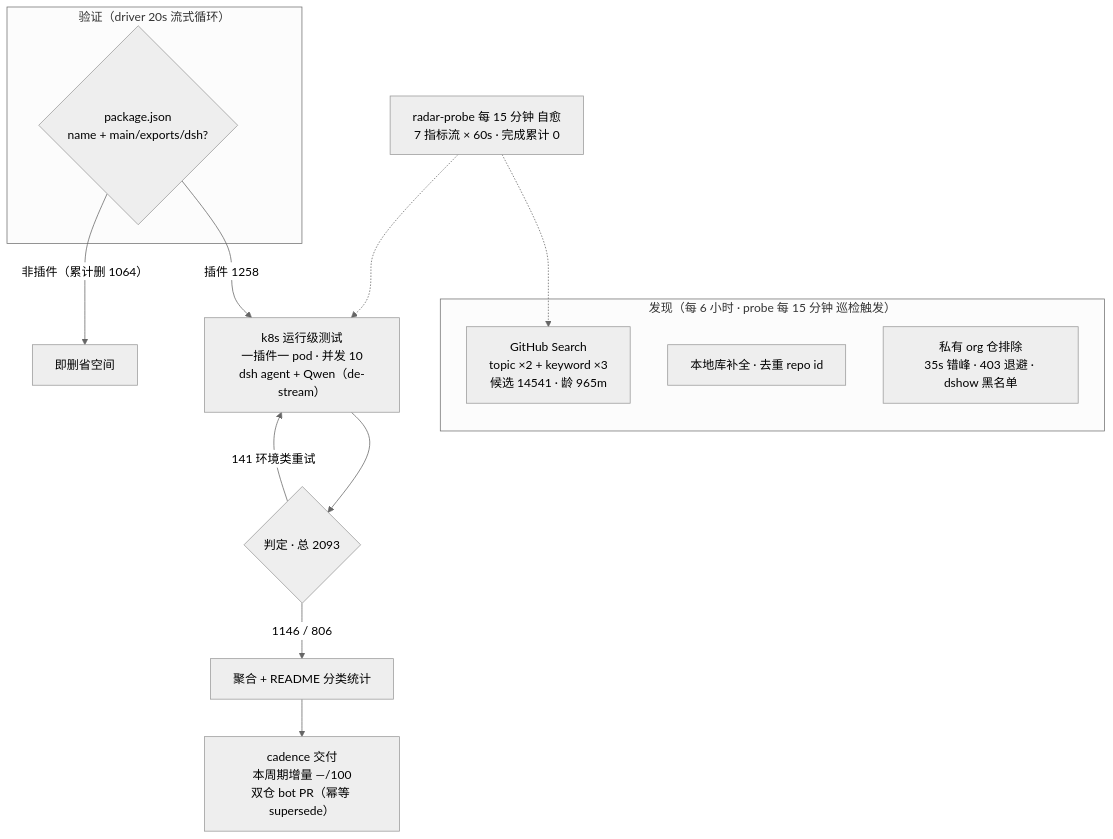
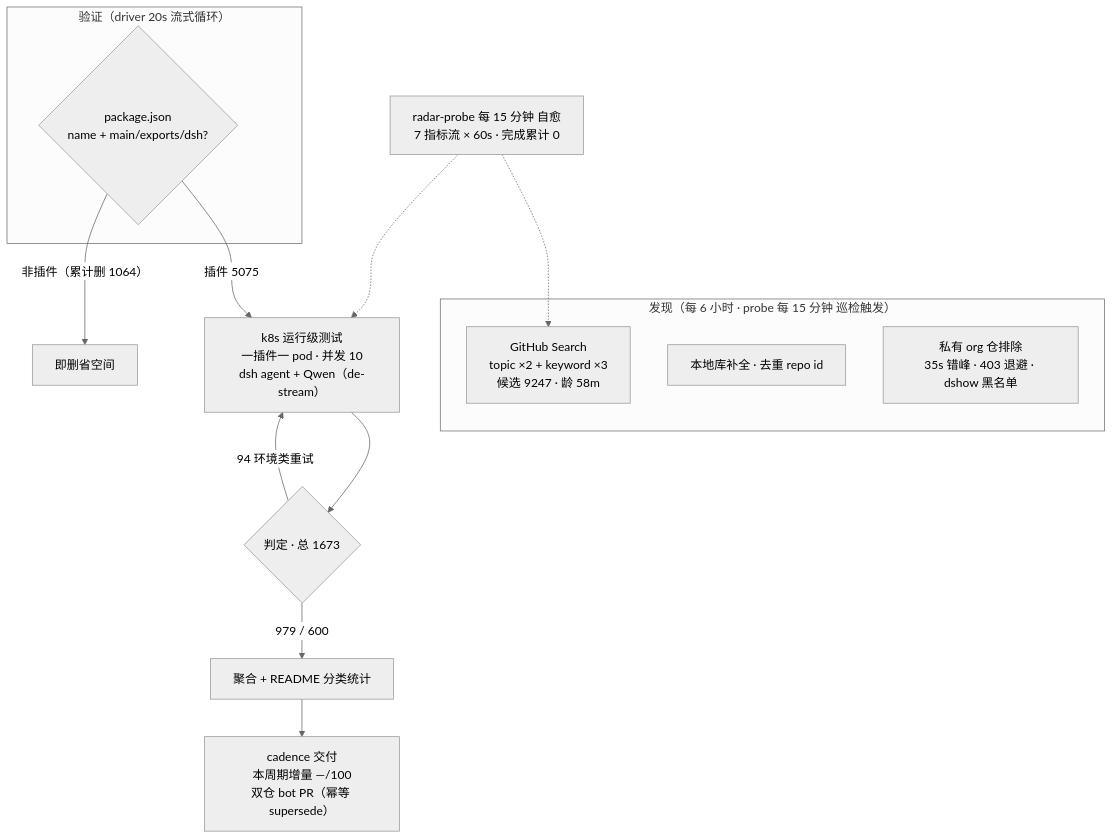
One commit to Zhidao-Lab-OSS/awesome-dsh-plugins changed the diagram in README.md. Above: the diagram before and after it, drawn with Mermaid (neutral theme). The commit also changed other lines of this file and 1 other file, not shown here.

````diff
--- a/README.md
+++ b/README.md
@@ -37,20 +37,20 @@
 ```mermaid
 flowchart TB
     subgraph Discovery["发现（每 6 小时 · probe 每 15 分钟 巡检触发）"]
-        A1["GitHub Search<br/>topic ×2 + keyword ×3<br/>候选 14541 · 龄 965m"]
+        A1["GitHub Search<br/>topic ×2 + keyword ×3<br/>候选 9247 · 龄 58m"]
         A2["本地库补全 · 去重 repo id"]
         A3["私有 org 仓排除<br/>35s 错峰 · 403 退避 · dshow 黑名单"]
     end
     subgraph Validation["验证（driver 20s 流式循环）"]
         B1{"package.json<br/>name + main/exports/dsh?"}
     end
-    B1 -->|"插件 1258"| C1["k8s 运行级测试<br/>一插件一 pod · 并发 10<br/>dsh agent + Qwen（de-stream）"]
+    B1 -->|"插件 5075"| C1["k8s 运行级测试<br/>一插件一 pod · 并发 10<br/>dsh agent + Qwen（de-stream）"]
     B1 -->|"非插件（累计删 1064）"| B3["即删省空间"]
-    C1 --> D1{"判定 · 总 2093"}
-    D1 -->|"1146 / 806"| E1["聚合 + README 分类统计"]
-    D1 -->|"141 环境类重试"| C1
+    C1 --> D1{"判定 · 总 1673"}
+    D1 -->|"979 / 600"| E1["聚合 + README 分类统计"]
+    D1 -->|"94 环境类重试"| C1
     E1 --> E2["cadence 交付<br/>本周期增量 —/100<br/>双仓 bot PR（幂等 supersede）"]
     M["radar-probe 每 15 分钟 自愈<br/>7 指标流 × 60s · 完成累计 0"]
     M -.-> A1
     M -.-> C1
 ```
````
